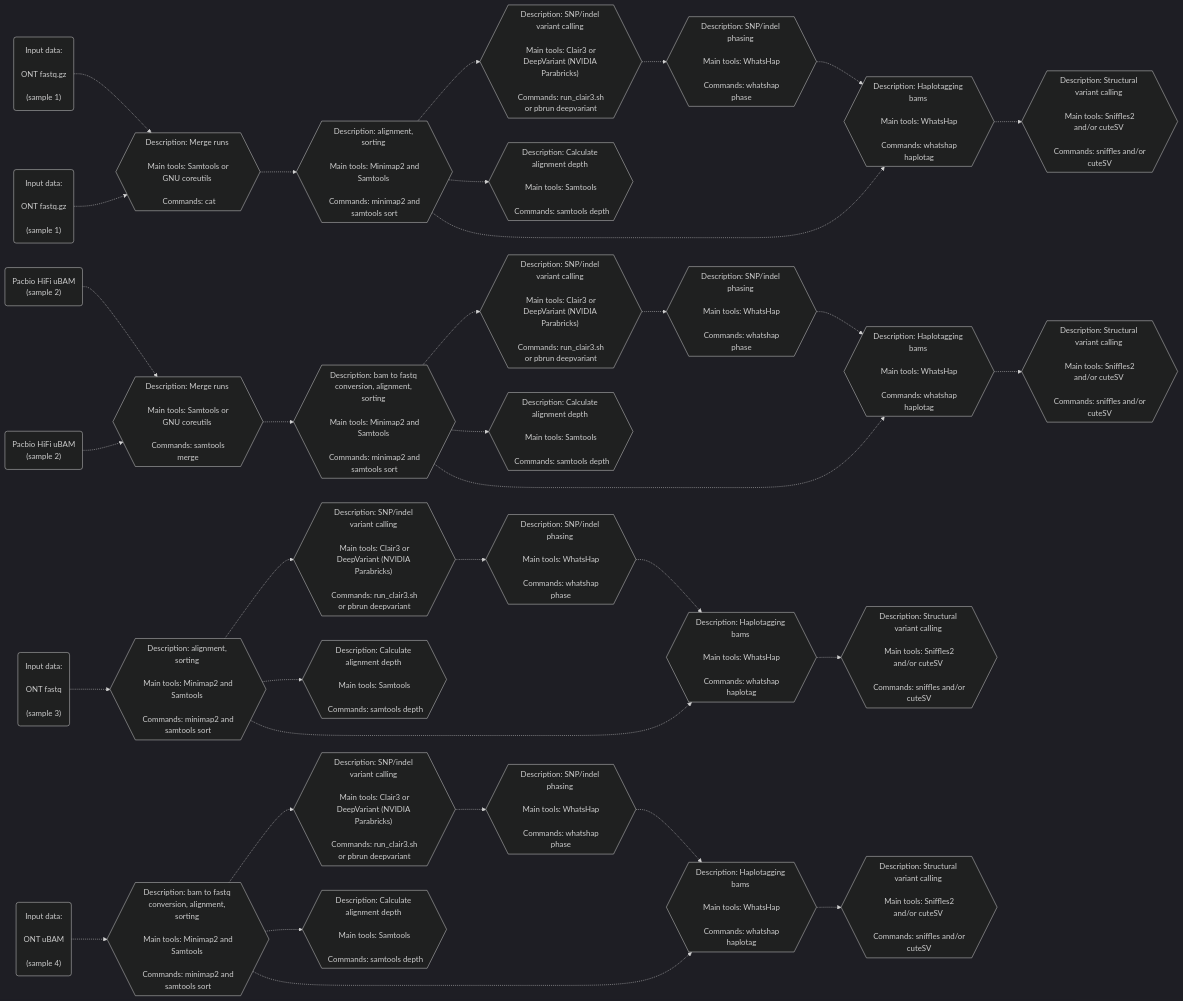
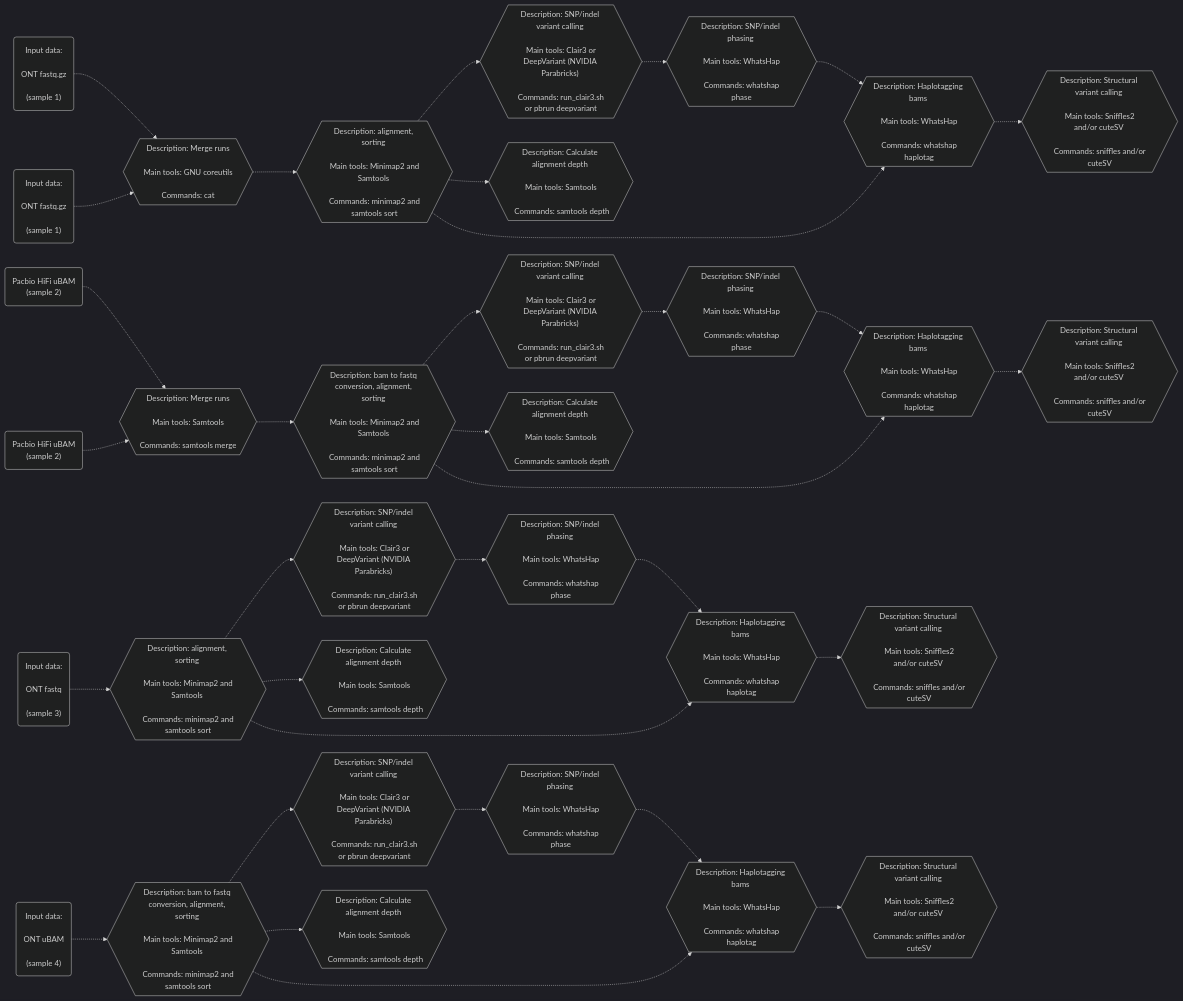
One commit to leahkemp/pipeface changed the second of 2 diagrams in README.md. Above: the diagram before and after it, drawn with Mermaid.

````diff
--- a/README.md
+++ b/README.md
@@ -37,63 +37,63 @@
 ```mermaid
 %%{init: {'theme':'dark'}}%%
 flowchart LR
 
 ont_data_f1("Input data: \n\n ONT fastq.gz \n\n (sample 1)")
 ont_data_f2("Input data: \n\n ONT fastq.gz \n\n (sample 1)")
 pacbio_data_f3("Pacbio HiFi uBAM \n (sample 2)")
 pacbio_data_f4("Pacbio HiFi uBAM \n (sample 2)")
 ont_data_f5("Input data: \n\n ONT fastq \n\n (sample 3)")
 ont_data_f6("Input data: \n\n ONT uBAM \n\n (sample 4)")
 
-merging_m1{{"Description: Merge runs \n\n Main tools: Samtools or GNU coreutils \n\n Commands: cat"}}
-merging_m2{{"Description: Merge runs \n\n Main tools: Samtools or GNU coreutils \n\n Commands: samtools merge"}}
+merging_m1{{"Description: Merge runs \n\n Main tools: GNU coreutils \n\n Commands: cat"}}
+merging_m2{{"Description: Merge runs \n\n Main tools: Samtools \n\n Commands: samtools merge"}}
 
 alignment_s1{{"Description: alignment, sorting \n\n Main tools: Minimap2 and Samtools \n\n Commands: minimap2 and samtools sort"}}
 alignment_s2{{"Description: alignment, sorting \n\n Main tools: Minimap2 and Samtools \n\n Commands: minimap2 and samtools sort"}}
 alignment_s3{{"Description: bam to fastq conversion, alignment, sorting \n\n Main tools: Minimap2 and Samtools \n\n Commands: minimap2 and samtools sort"}}
 alignment_s4{{"Description: bam to fastq conversion, alignment, sorting \n\n Main tools: Minimap2 and Samtools \n\n Commands: minimap2 and samtools sort"}}
 
 depth_s1{{"Description: Calculate alignment depth \n\n Main tools: Samtools \n\n Commands: samtools depth"}}
 depth_s2{{"Description: Calculate alignment depth \n\n Main tools: Samtools \n\n Commands: samtools depth"}}
 depth_s3{{"Description: Calculate alignment depth \n\n Main tools: Samtools \n\n Commands: samtools depth"}}
 depth_s4{{"Description: Calculate alignment depth \n\n Main tools: Samtools \n\n Commands: samtools depth"}}
 
 snp_indel_calling_s1{{"Description: SNP/indel variant calling \n\n Main tools: Clair3 or DeepVariant (NVIDIA Parabricks) \n\n Commands: run_clair3.sh or pbrun deepvariant"}}
 snp_indel_calling_s2{{"Description: SNP/indel variant calling \n\n Main tools: Clair3 or DeepVariant (NVIDIA Parabricks) \n\n Commands: run_clair3.sh or pbrun deepvariant"}}
 snp_indel_calling_s3{{"Description: SNP/indel variant calling \n\n Main tools: Clair3 or DeepVariant (NVIDIA Parabricks) \n\n Commands: run_clair3.sh or pbrun deepvariant"}}
 snp_indel_calling_s4{{"Description: SNP/indel variant calling \n\n Main tools: Clair3 or DeepVariant (NVIDIA Parabricks) \n\n Commands: run_clair3.sh or pbrun deepvariant"}}
 
 snp_indel_phasing_s1{{"Description: SNP/indel phasing \n\n Main tools: WhatsHap \n\n Commands: whatshap phase"}}
 snp_indel_phasing_s2{{"Description: SNP/indel phasing \n\n Main tools: WhatsHap \n\n Commands: whatshap phase"}}
 snp_indel_phasing_s3{{"Description: SNP/indel phasing \n\n Main tools: WhatsHap \n\n Commands: whatshap phase"}}
 snp_indel_phasing_s4{{"Description: SNP/indel phasing \n\n Main tools: WhatsHap \n\n Commands: whatshap phase"}}
 
 haplotagging_s1{{"Description: Haplotagging bams \n\n Main tools: WhatsHap \n\n Commands: whatshap haplotag"}}
 haplotagging_s2{{"Description: Haplotagging bams \n\n Main tools: WhatsHap \n\n Commands: whatshap haplotag"}}
 haplotagging_s3{{"Description: Haplotagging bams \n\n Main tools: WhatsHap \n\n Commands: whatshap haplotag"}}
 haplotagging_s4{{"Description: Haplotagging bams \n\n Main tools: WhatsHap \n\n Commands: whatshap haplotag"}}
 
 sv_calling_s1{{"Description: Structural variant calling \n\n Main tools: Sniffles2 and/or cuteSV \n\n Commands: sniffles and/or cuteSV"}}
 sv_calling_s2{{"Description: Structural variant calling \n\n Main tools: Sniffles2 and/or cuteSV \n\n Commands: sniffles and/or cuteSV"}}
 sv_calling_s3{{"Description: Structural variant calling \n\n Main tools: Sniffles2 and/or cuteSV \n\n Commands: sniffles and/or cuteSV"}}
 sv_calling_s4{{"Description: Structural variant calling \n\n Main tools: Sniffles2 and/or cuteSV \n\n Commands: sniffles and/or cuteSV"}}
 
 ont_data_f1-.->merging_m1-.->alignment_s1-.->snp_indel_calling_s1-.->snp_indel_phasing_s1-.->haplotagging_s1-.->sv_calling_s1
 ont_data_f2-.->merging_m1
 ont_data_f5-.->alignment_s2-.->snp_indel_calling_s2-.->snp_indel_phasing_s2-.->haplotagging_s2-.->sv_calling_s2
 ont_data_f6-.->alignment_s3-.->snp_indel_calling_s3-.->snp_indel_phasing_s3-.->haplotagging_s3-.->sv_calling_s3
 
 pacbio_data_f3-.->merging_m2-.->alignment_s4-.->snp_indel_calling_s4-.->snp_indel_phasing_s4-.->haplotagging_s4-.->sv_calling_s4
 pacbio_data_f4-.->merging_m2
 
 alignment_s1-.->depth_s1
 alignment_s2-.->depth_s2
 alignment_s3-.->depth_s3
 alignment_s4-.->depth_s4
 
 alignment_s1-.->haplotagging_s1
 alignment_s2-.->haplotagging_s2
 alignment_s3-.->haplotagging_s3
 alignment_s4-.->haplotagging_s4
 
 ```
````
